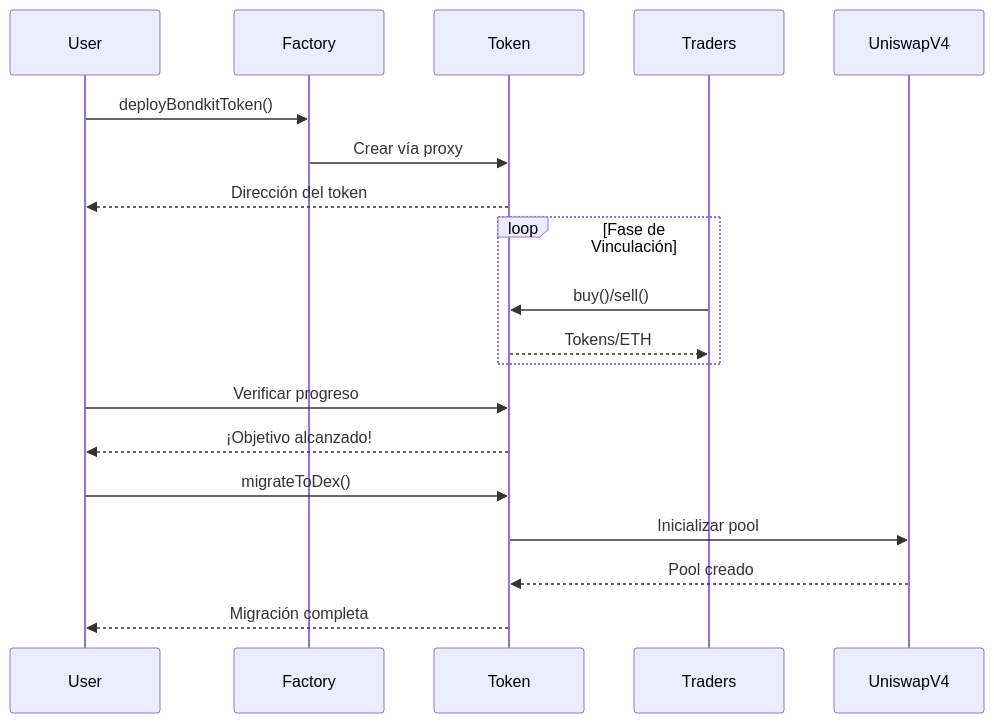
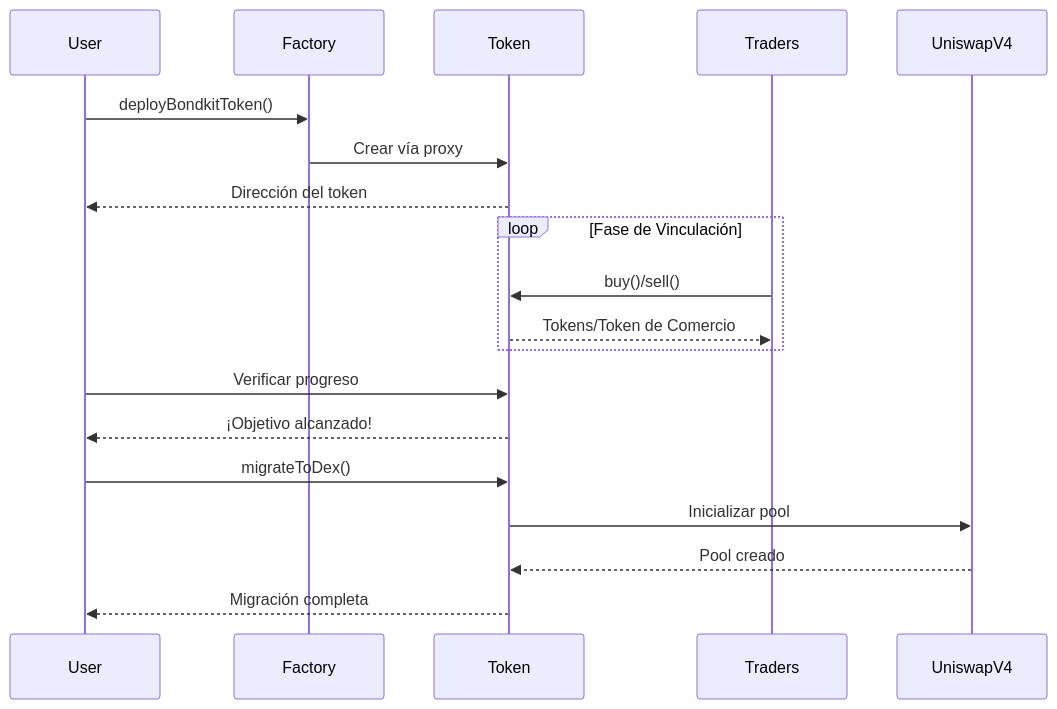
Before and after one commit to b3-fun/b3: the diagram in docs/es/bondkit/quickstart.mdx, drawn with Mermaid. The commit also changed other lines of this file and 52 other files, not shown here.

````diff
--- a/docs/es/bondkit/quickstart.mdx
+++ b/docs/es/bondkit/quickstart.mdx
@@ -22,25 +22,25 @@
 ```mermaid
 sequenceDiagram
     participant User
     participant Factory
     participant Token
     participant Traders
     participant UniswapV4
     
     User->>Factory: deployBondkitToken()
     Factory->>Token: Crear vía proxy
     Token-->>User: Dirección del token
     
     loop Fase de Vinculación
         Traders->>Token: buy()/sell()
-        Token-->>Traders: Tokens/ETH
+        Token-->>Traders: Tokens/Token de Comercio
     end
     
     User->>Token: Verificar progreso
     Token-->>User: ¡Objetivo alcanzado!
     
     User->>Token: migrateToDex()
     Token->>UniswapV4: Inicializar pool
     UniswapV4-->>Token: Pool creado
     Token-->>User: Migración completa
 ```
````
